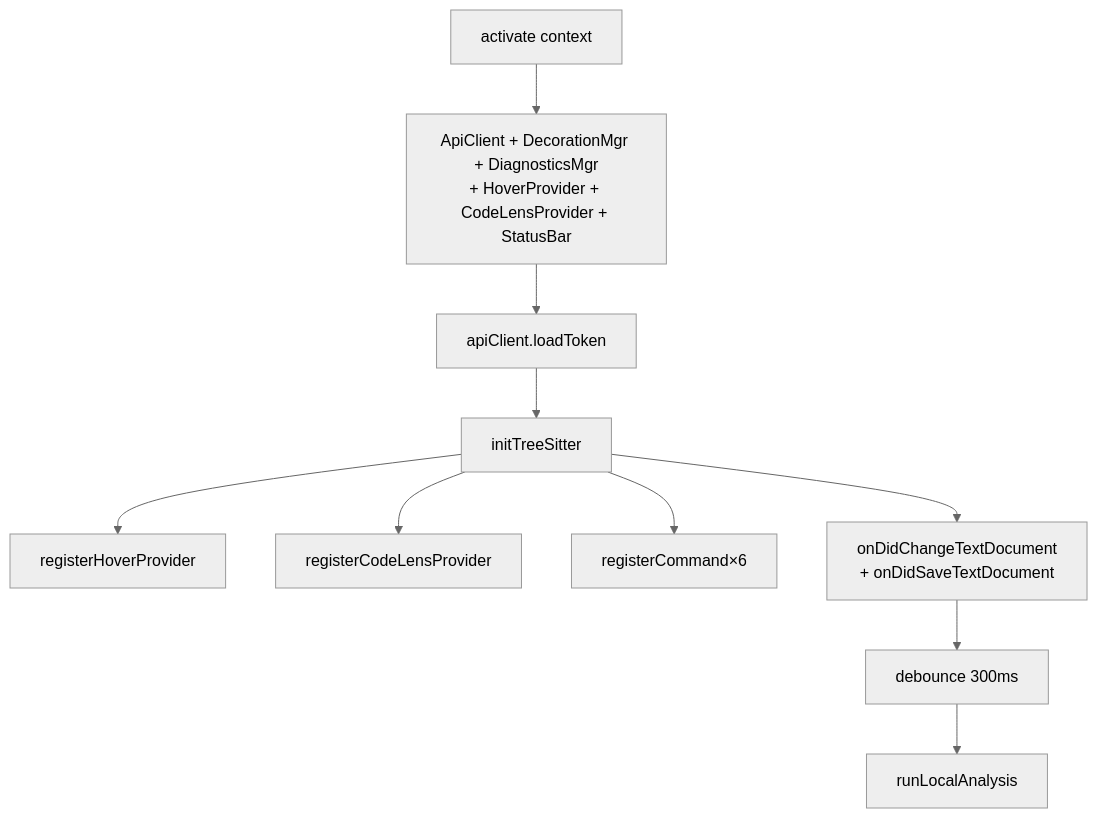
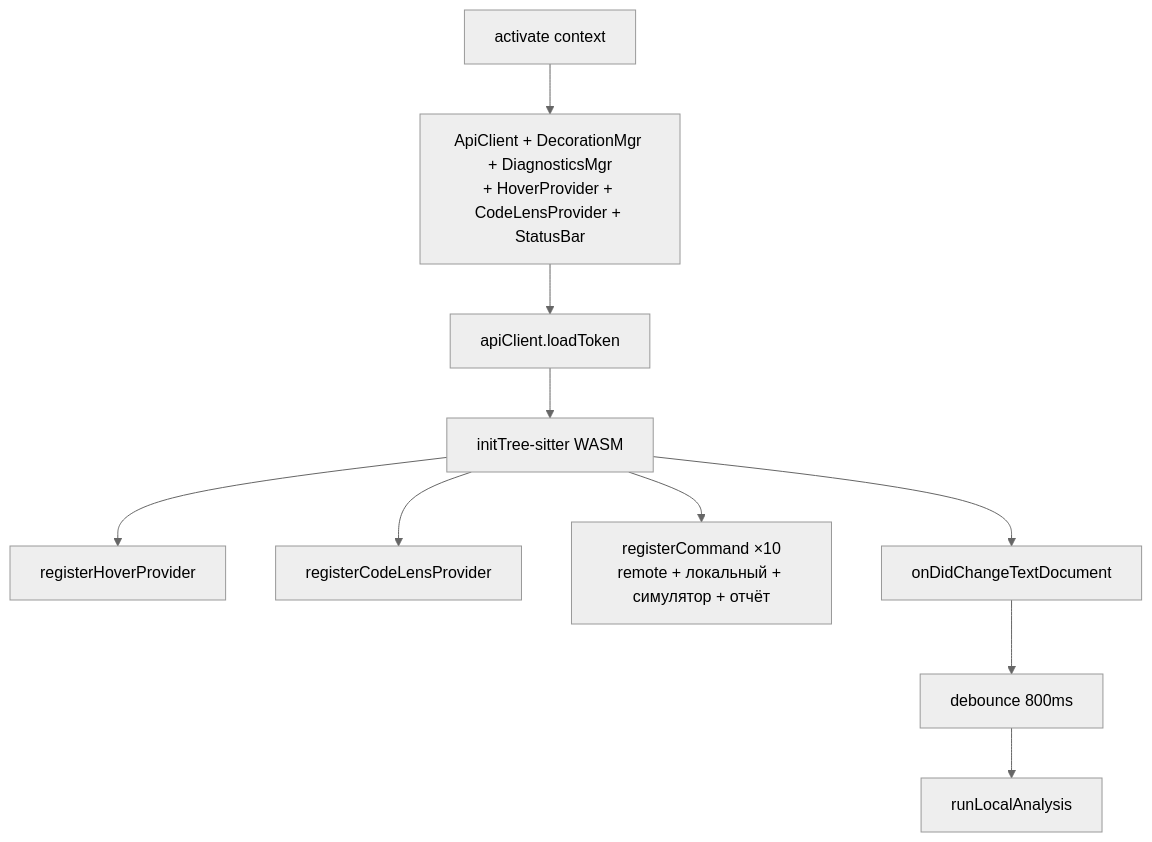
One commit to Fortech4N9/docs changed the first of 3 diagrams in docs/clients/vscode/architecture.md. Above: the diagram before and after it, drawn with Mermaid (neutral theme). The commit also changed other lines of this file and 15 other files, not shown here.

````diff
--- a/docs/clients/vscode/architecture.md
+++ b/docs/clients/vscode/architecture.md
@@ -28,12 +28,12 @@
 ```mermaid
 flowchart TB
     Activate[activate context] --> Init[ApiClient + DecorationMgr + DiagnosticsMgr<br/>+ HoverProvider + CodeLensProvider + StatusBar]
     Init --> LoadTok[apiClient.loadToken]
-    LoadTok --> InitTS[initTreeSitter]
+    LoadTok --> InitTS[initTree-sitter WASM]
     InitTS --> RegHover[registerHoverProvider]
     InitTS --> RegLens[registerCodeLensProvider]
-    InitTS --> RegCmd[registerCommand×6]
-    InitTS --> Watch[onDidChangeTextDocument<br/>+ onDidSaveTextDocument]
-    Watch --> Debounce[debounce 300ms]
+    InitTS --> RegCmd[registerCommand ×10<br/>remote + локальный + симулятор + отчёт]
+    InitTS --> Watch[onDidChangeTextDocument]
+    Watch --> Debounce[debounce 800ms]
     Debounce --> Local[runLocalAnalysis]
 ```
````
